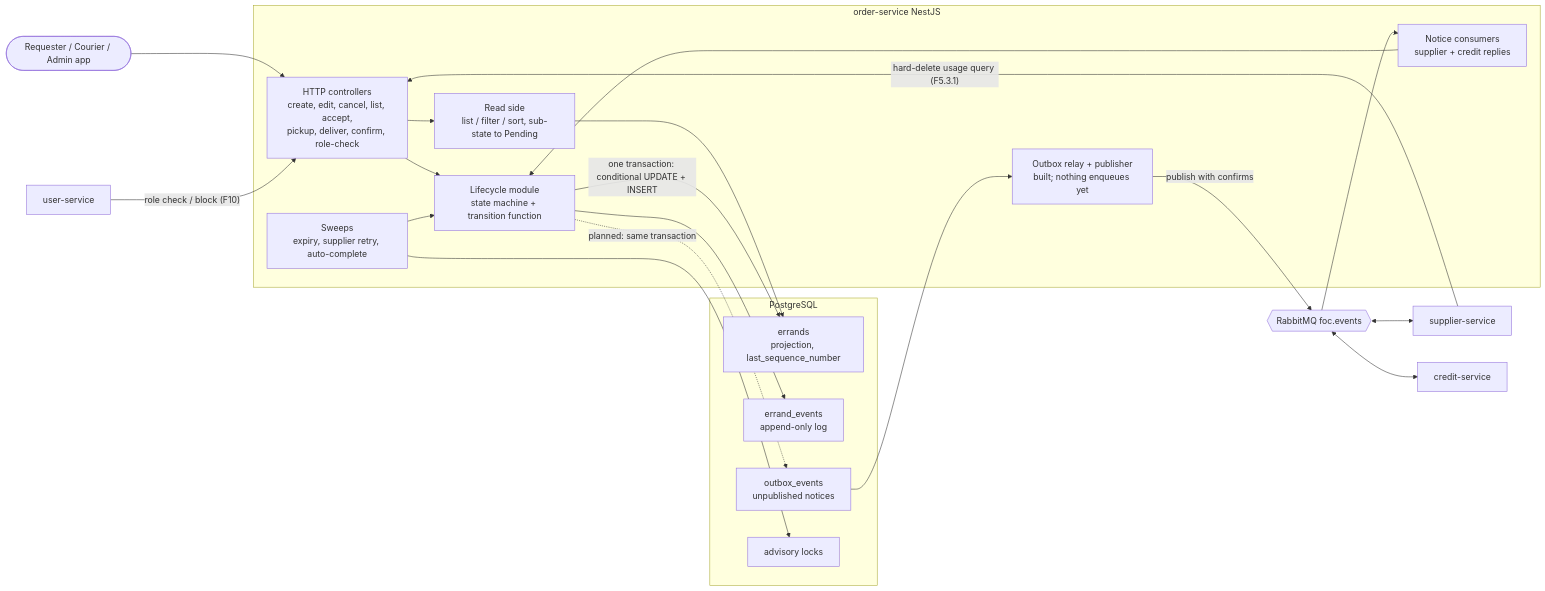
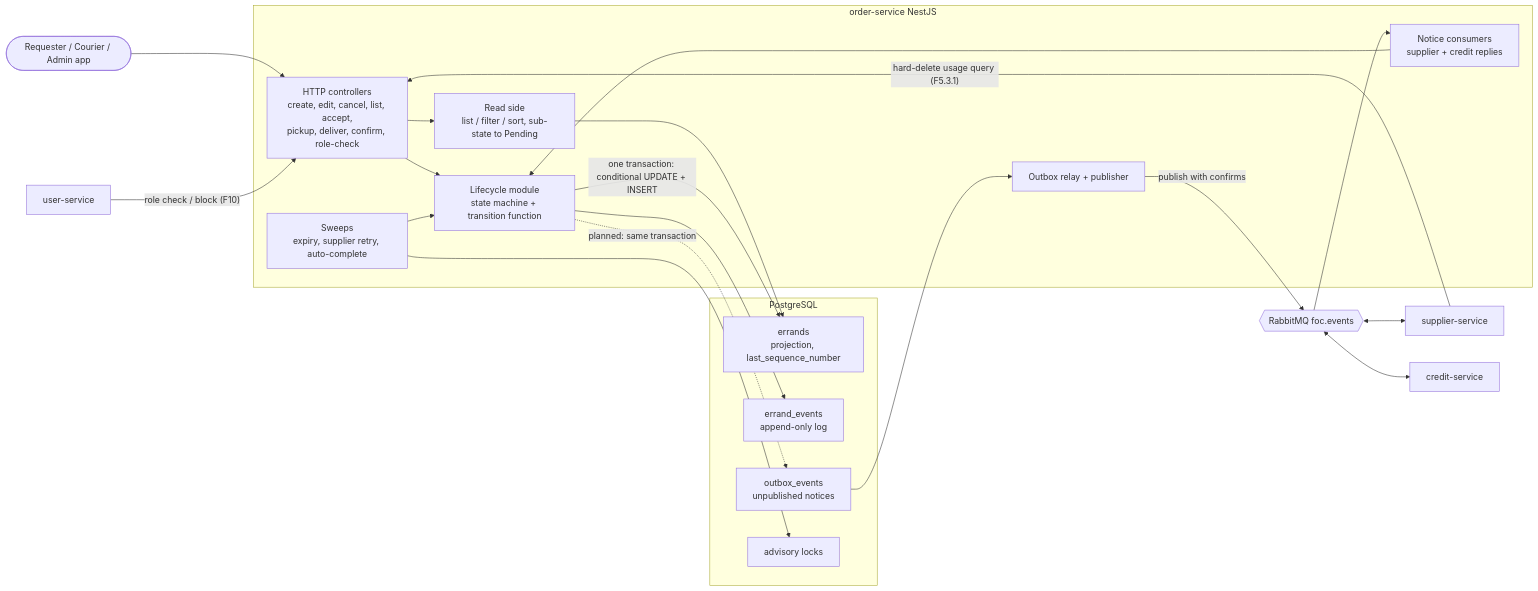
One commit to AY2627S1-CS3219-P27/FoC changed the first of 4 diagrams in order-service/ARCHITECTURE.md. Above: the diagram before and after it, drawn with Mermaid. The commit also changed other lines of this file and 1 other file, not shown here.

````diff
--- a/order-service/ARCHITECTURE.md
+++ b/order-service/ARCHITECTURE.md
@@ -7,43 +7,43 @@
 ```mermaid
 flowchart LR
   Client([Requester / Courier / Admin app])
   User[user-service]
   Supplier[supplier-service]
   Credit[credit-service]
 
   subgraph OS[order-service NestJS]
     API[HTTP controllers<br/>create, edit, cancel, list, accept,<br/>pickup, deliver, confirm, role-check]
     Life[Lifecycle module<br/>state machine + transition function]
     Read[Read side<br/>list / filter / sort, sub-state to Pending]
     Consumers[Notice consumers<br/>supplier + credit replies]
-    Outbox[Outbox relay + publisher<br/>built; nothing enqueues yet]
+    Outbox[Outbox relay + publisher]
     Sweeps[Sweeps<br/>expiry, supplier retry, auto-complete]
   end
 
   subgraph PG[PostgreSQL]
     Errands[errands<br/>projection, last_sequence_number]
     Events[errand_events<br/>append-only log]
     OutboxT[outbox_events<br/>unpublished notices]
     Locks[advisory locks]
   end
 
   MQ{{RabbitMQ foc.events}}
 
   Client --> API
   User -- "role check / block (F10)" --> API
   Supplier -- "hard-delete usage query (F5.3.1)" --> API
   API --> Life
   API --> Read
   Read --> Errands
   Life -->|"one transaction: conditional UPDATE + INSERT"| Errands
   Life --> Events
   Sweeps --> Locks
   Sweeps --> Life
   Life -.->|"planned: same transaction"| OutboxT
   OutboxT --> Outbox
   Outbox -->|"publish with confirms"| MQ
   MQ --> Consumers
   Consumers --> Life
   MQ <--> Supplier
   MQ <--> Credit
 ```
````
